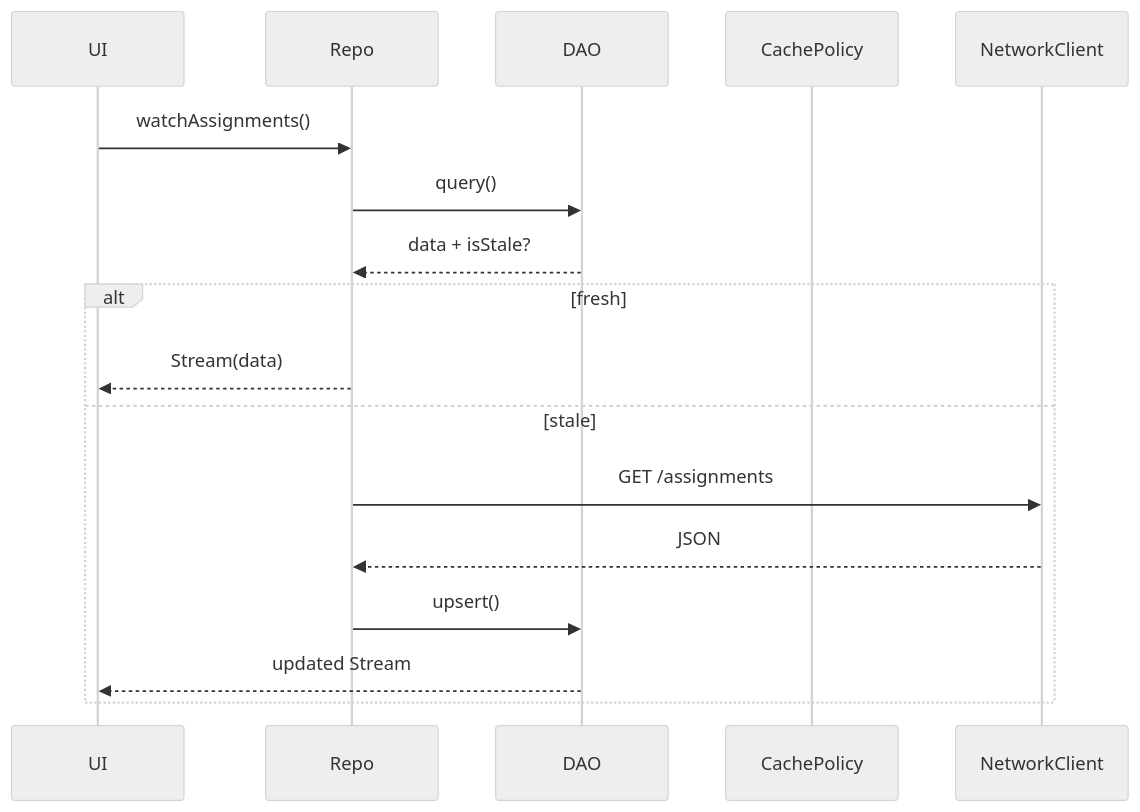
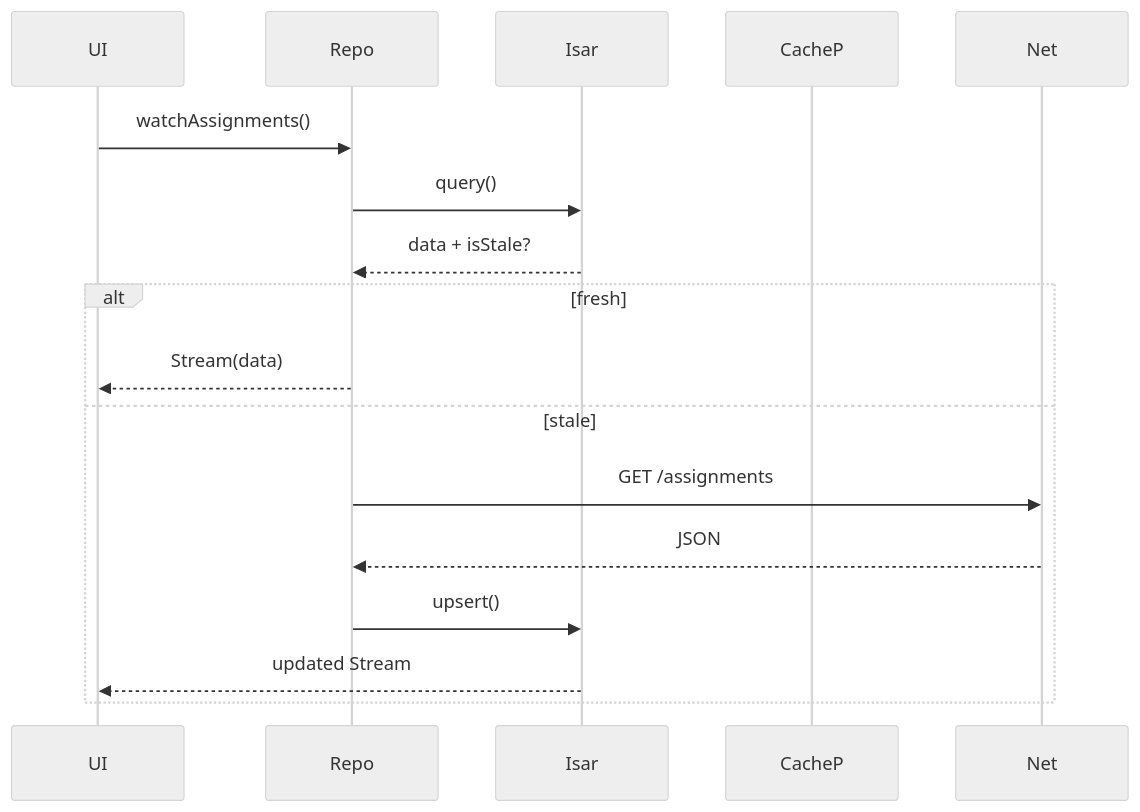
The diagram in .github/instructions/storage.instructions.md (dokimiki/passpal), drawn with Mermaid (neutral theme) before and after one commit. The commit also changed other lines of this file and 4 other files, not shown here.

````diff
--- a/.github/instructions/storage.instructions.md
+++ b/.github/instructions/storage.instructions.md
@@ -78,19 +96,19 @@
 ```mermaid
 sequenceDiagram
   participant UI
   participant Repo
-  participant DAO
-  participant CacheP as CachePolicy
-  participant Net as NetworkClient
+  participant Isar
+  participant CacheP
+  participant Net
   UI->>Repo: watchAssignments()
-  Repo->>DAO: query()
-  DAO-->>Repo: data + isStale?
+  Repo->>Isar: query()
+  Isar-->>Repo: data + isStale?
   alt fresh
     Repo-->>UI: Stream(data)
   else stale
     Repo->>Net: GET /assignments
     Net-->>Repo: JSON
-    Repo->>DAO: upsert()
-    DAO-->>UI: updated Stream
+    Repo->>Isar: upsert()
+    Isar-->>UI: updated Stream
   end
 ```
````
